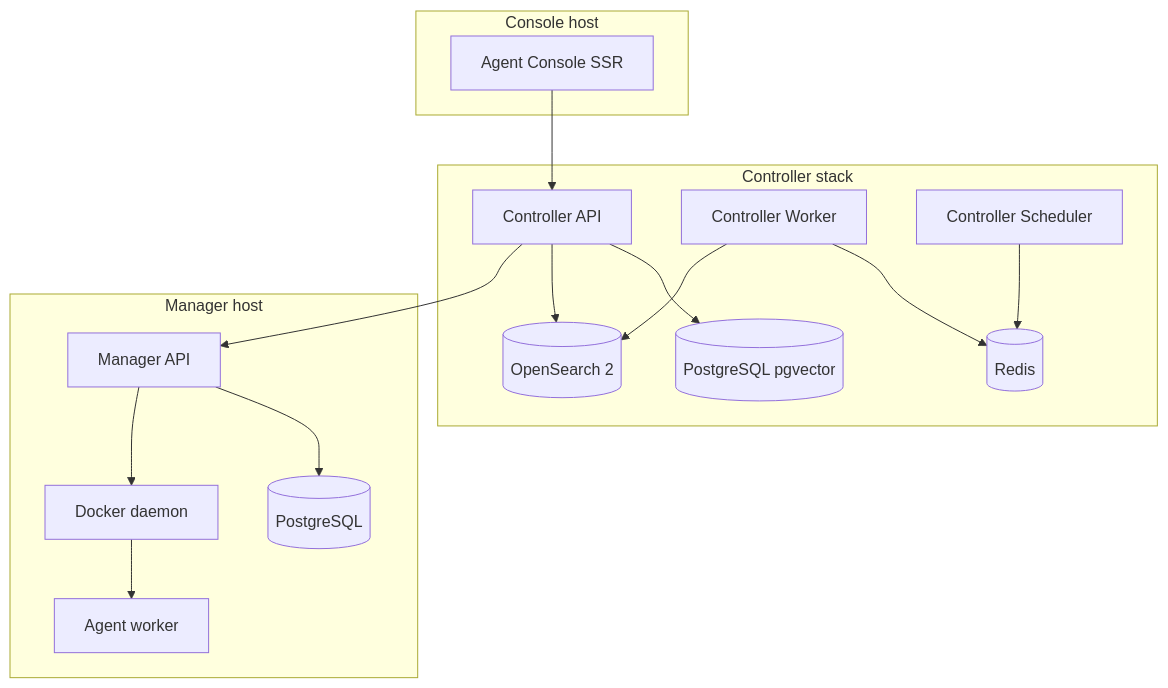
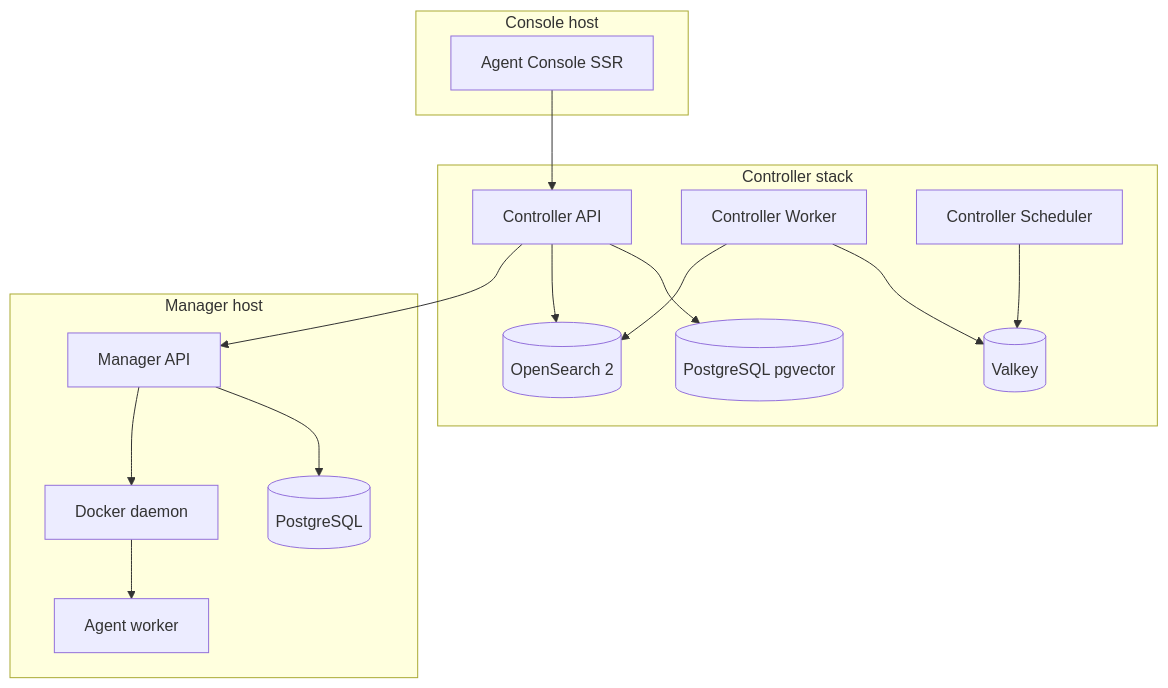
Before and after one commit to forepath/one: the diagram in docs/agenstra/deployment/system-requirements.md, drawn with Mermaid. The commit also changed other lines of this file and 92 other files, not shown here.

````diff
--- a/docs/agenstra/deployment/system-requirements.md
+++ b/docs/agenstra/deployment/system-requirements.md
@@ -14,33 +14,33 @@
 ```mermaid
 graph TB
     subgraph "Console host"
         FE[Agent Console SSR]
     end
 
     subgraph "Controller stack"
         C_API[Controller API]
         C_WRK[Controller Worker]
         C_SCH[Controller Scheduler]
         C_PG[(PostgreSQL pgvector)]
-        C_RD[(Redis)]
+        C_RD[(Valkey)]
         C_OS[(OpenSearch 2)]
     end
 
     subgraph "Manager host"
         M_API[Manager API]
         M_PG[(PostgreSQL)]
         DOCKER[Docker daemon]
         AW[Agent worker]
     end
 
     FE --> C_API
     C_API --> C_PG
     C_API --> C_OS
     C_WRK --> C_RD
     C_WRK --> C_OS
     C_SCH --> C_RD
     C_API --> M_API
     M_API --> M_PG
     M_API --> DOCKER
     DOCKER --> AW
 ```
````
